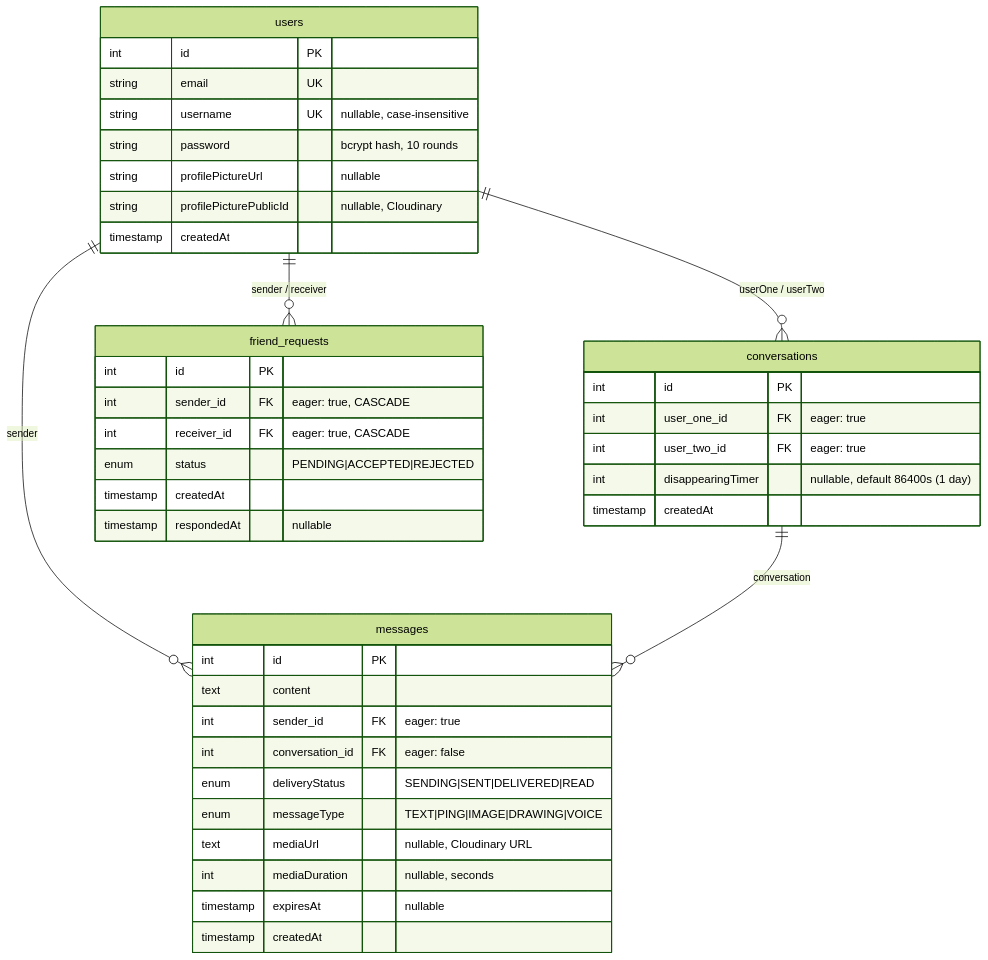
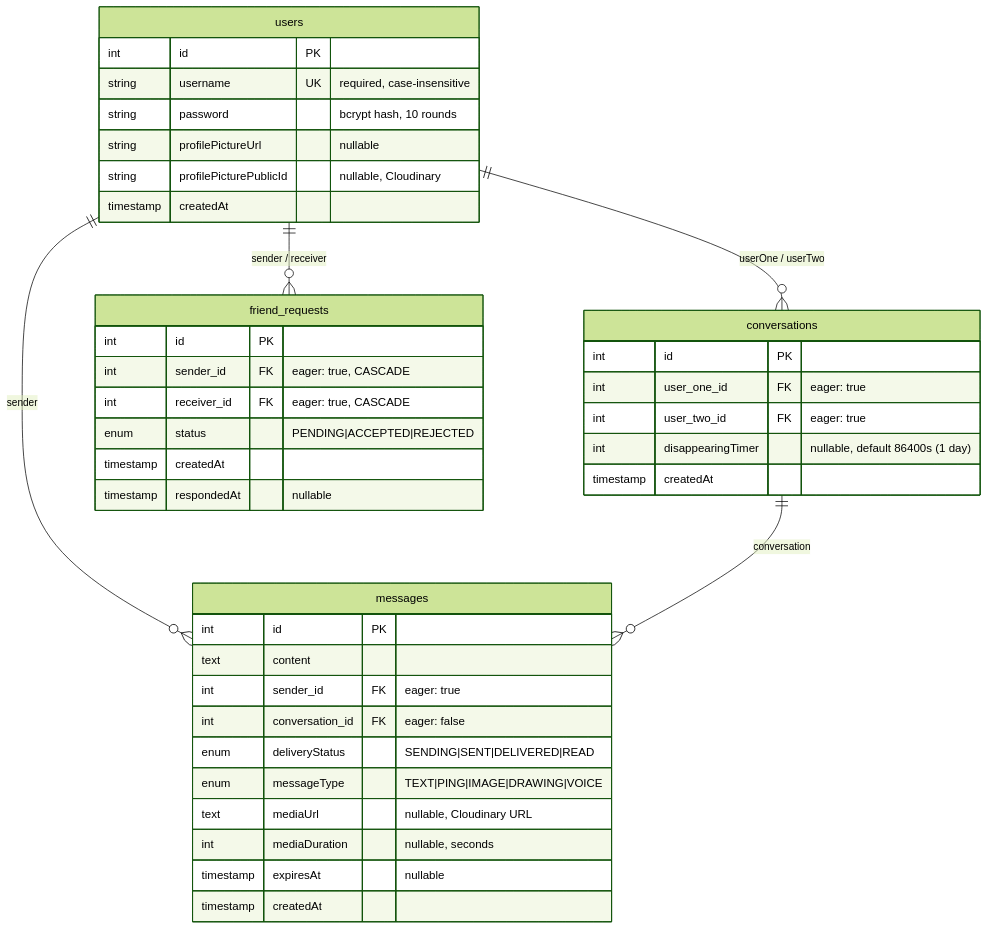
One commit to Lentach/mvp-chat-app changed the second of 3 diagrams in CLAUDE.md. Above: the diagram before and after it, drawn with Mermaid (forest theme). The commit also changed other lines of this file and 37 other files, not shown here.

First line of the commit message:
refactor: replace email with username for auth and user identification

````diff
--- a/CLAUDE.md
+++ b/CLAUDE.md
@@ -72,47 +72,46 @@
 ```mermaid
 erDiagram
     users ||--o{ conversations : "userOne / userTwo"
     users ||--o{ messages : "sender"
     users ||--o{ friend_requests : "sender / receiver"
     conversations ||--o{ messages : "conversation"
 
     users {
         int id PK
-        string email UK
-        string username UK "nullable, case-insensitive"
+        string username UK "required, case-insensitive"
         string password "bcrypt hash, 10 rounds"
         string profilePictureUrl "nullable"
         string profilePicturePublicId "nullable, Cloudinary"
         timestamp createdAt
     }
 
     conversations {
         int id PK
         int user_one_id FK "eager: true"
         int user_two_id FK "eager: true"
         int disappearingTimer "nullable, default 86400s (1 day)"
         timestamp createdAt
     }
 
     messages {
         int id PK
         text content
         int sender_id FK "eager: true"
         int conversation_id FK "eager: false"
         enum deliveryStatus "SENDING|SENT|DELIVERED|READ"
         enum messageType "TEXT|PING|IMAGE|DRAWING|VOICE"
         text mediaUrl "nullable, Cloudinary URL"
         int mediaDuration "nullable, seconds"
         timestamp expiresAt "nullable"
         timestamp createdAt
     }
 
     friend_requests {
         int id PK
         int sender_id FK "eager: true, CASCADE"
         int receiver_id FK "eager: true, CASCADE"
         enum status "PENDING|ACCEPTED|REJECTED"
         timestamp createdAt
         timestamp respondedAt "nullable"
     }
 ```
````
